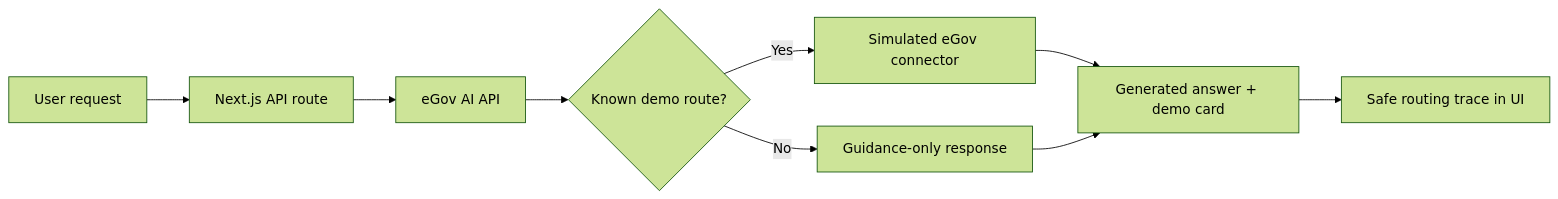
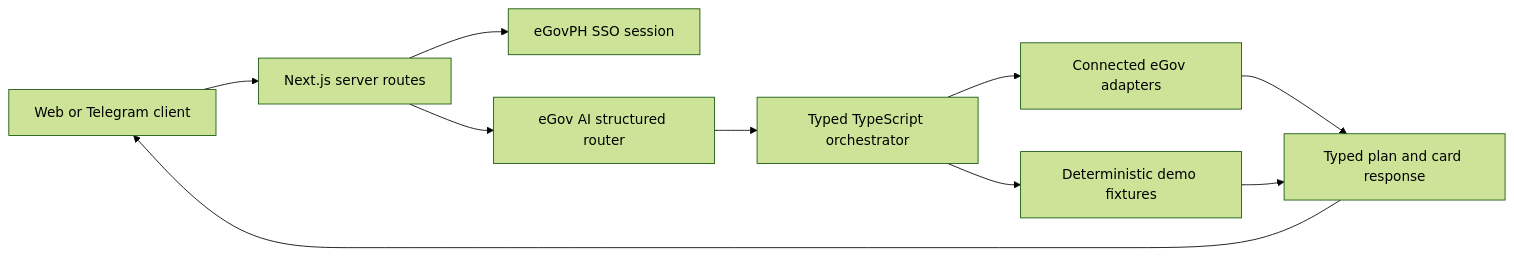
One commit to bryllim/egov-agent changed the diagram in README.md. Above: the diagram before and after it, drawn with Mermaid (forest theme). The commit also changed other lines of this file and 112 other files, not shown here.

````diff
--- a/README.md
+++ b/README.md
@@ -102,11 +39,12 @@
 ```mermaid
 flowchart LR
-  A[User request] --> B[Next.js API route]
-  B --> C[eGov AI API]
-  C --> D{Known demo route?}
-  D -->|Yes| E[Simulated eGov connector]
-  D -->|No| F[Guidance-only response]
-  E --> G[Generated answer + demo card]
-  F --> G
-  G --> H[Safe routing trace in UI]
+  Client[Web or Telegram client] --> API[Next.js server routes]
+  API --> Session[eGovPH SSO session]
+  API --> Router[eGov AI structured router]
+  Router --> Orchestrator[Typed TypeScript orchestrator]
+  Orchestrator --> Live[Connected eGov adapters]
+  Orchestrator --> Demo[Deterministic demo fixtures]
+  Live --> UI[Typed plan and card response]
+  Demo --> UI
+  UI --> Client
 ```
````
